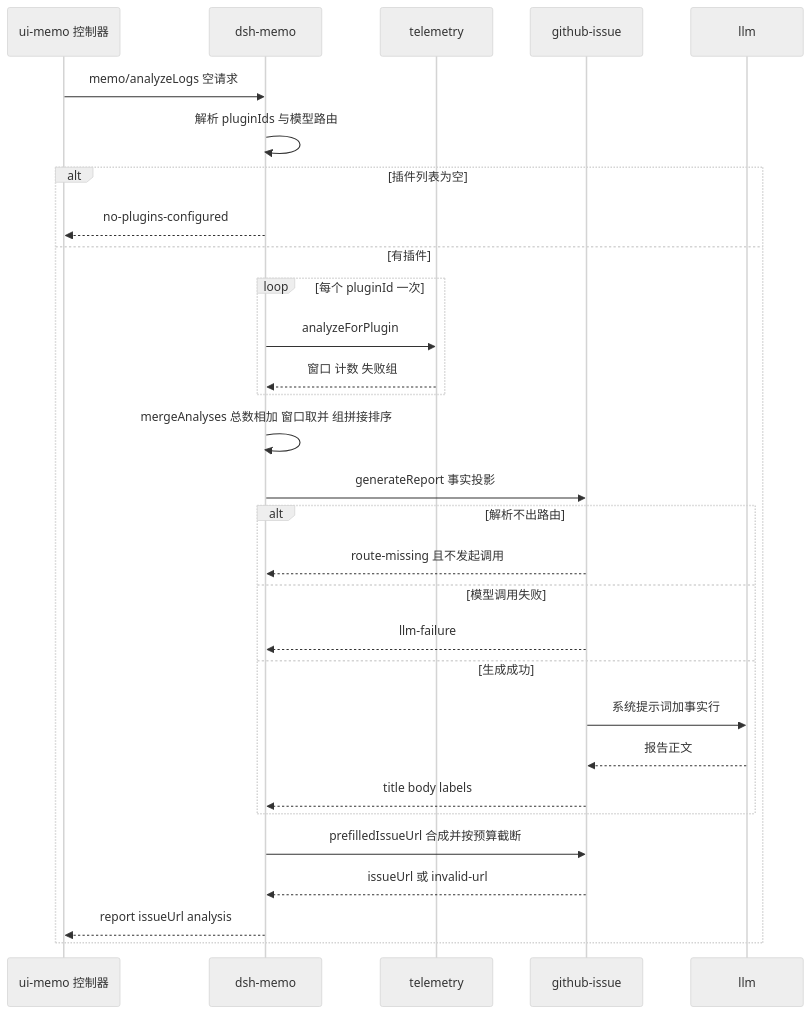
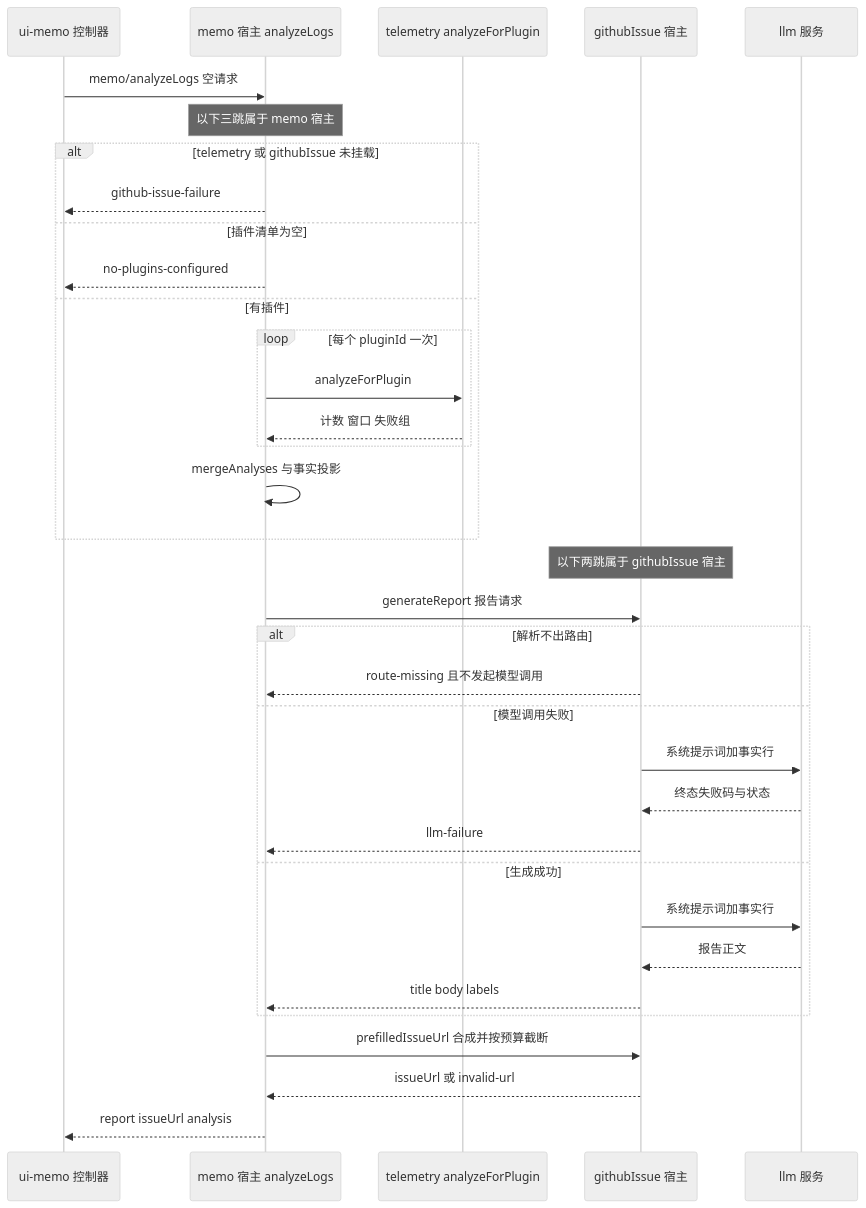
One commit to zhangj1164/dsh-mega-plugins changed the first of 2 diagrams in openwiki/workflows/log-analysis-to-issue.md. Above: the diagram before and after it, drawn with Mermaid (neutral theme). The commit also changed other lines of this file and 15 other files, not shown here.

````diff
--- a/openwiki/workflows/log-analysis-to-issue.md
+++ b/openwiki/workflows/log-analysis-to-issue.md
@@ -43,32 +47,37 @@
 ```mermaid
 sequenceDiagram
   participant Board as ui-memo 控制器
-  participant Memo as dsh-memo
-  participant Telemetry as telemetry
-  participant Issue as github-issue
-  participant Llm as llm
+  participant Memo as memo 宿主 analyzeLogs
+  participant Telemetry as telemetry analyzeForPlugin
+  participant Issue as githubIssue 宿主
+  participant Llm as llm 服务
   Board->>Memo: memo/analyzeLogs 空请求
-  Memo->>Memo: 解析 pluginIds 与模型路由
-  alt 插件列表为空
+  Note over Memo: 以下三跳属于 memo 宿主
+  alt telemetry 或 githubIssue 未挂载
+    Memo-->>Board: github-issue-failure
+  else 插件清单为空
     Memo-->>Board: no-plugins-configured
   else 有插件
     loop 每个 pluginId 一次
       Memo->>Telemetry: analyzeForPlugin
-      Telemetry-->>Memo: 窗口 计数 失败组
+      Telemetry-->>Memo: 计数 窗口 失败组
     end
-    Memo->>Memo: mergeAnalyses 总数相加 窗口取并 组拼接排序
-    Memo->>Issue: generateReport 事实投影
-    alt 解析不出路由
-      Issue-->>Memo: route-missing 且不发起调用
-    else 模型调用失败
-      Issue-->>Memo: llm-failure
-    else 生成成功
-      Issue->>Llm: 系统提示词加事实行
-      Llm-->>Issue: 报告正文
-      Issue-->>Memo: title body labels
-    end
-    Memo->>Issue: prefilledIssueUrl 合成并按预算截断
-    Issue-->>Memo: issueUrl 或 invalid-url
-    Memo-->>Board: report issueUrl analysis
+    Memo->>Memo: mergeAnalyses 与事实投影
   end
+  Note over Issue: 以下两跳属于 githubIssue 宿主
+  Memo->>Issue: generateReport 报告请求
+  alt 解析不出路由
+    Issue-->>Memo: route-missing 且不发起模型调用
+  else 模型调用失败
+    Issue->>Llm: 系统提示词加事实行
+    Llm-->>Issue: 终态失败码与状态
+    Issue-->>Memo: llm-failure
+  else 生成成功
+    Issue->>Llm: 系统提示词加事实行
+    Llm-->>Issue: 报告正文
+    Issue-->>Memo: title body labels
+  end
+  Memo->>Issue: prefilledIssueUrl 合成并按预算截断
+  Issue-->>Memo: issueUrl 或 invalid-url
+  Memo-->>Board: report issueUrl analysis
 ```
````
